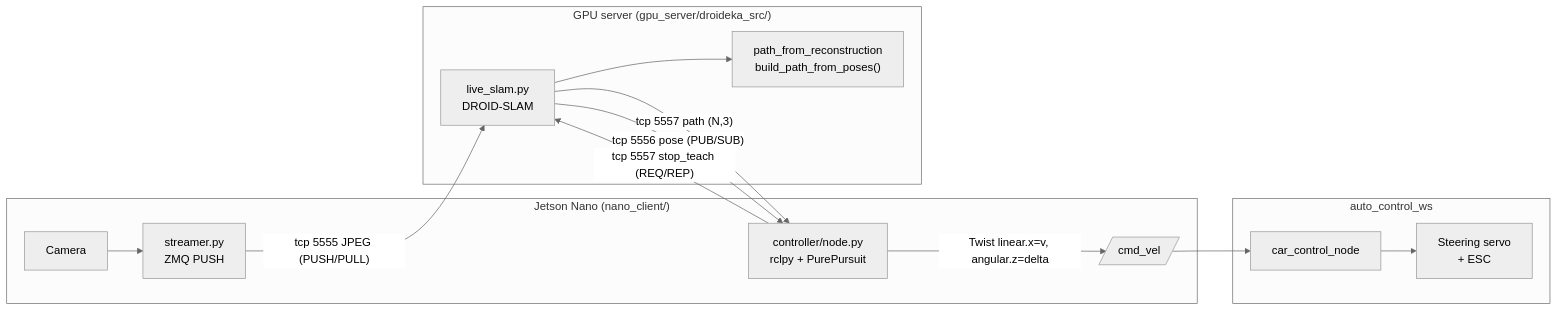
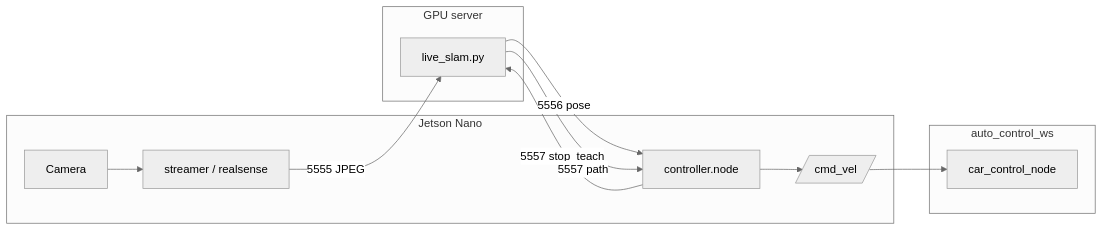
One commit to mbalintka/droideka changed the diagram in README.md. Above: the diagram before and after it, drawn with Mermaid (neutral theme). The commit also changed other lines of this file and 6 other files, not shown here.

First line of the commit message:
feat: harden live_slam shutdown and slim repo docs

````diff
--- a/README.md
+++ b/README.md
@@ -38,29 +17,21 @@
 ```mermaid
 flowchart LR
-  subgraph Nano["Jetson Nano (nano_client/)"]
+  subgraph Nano["Jetson Nano"]
     Cam[Camera]
-    Streamer["streamer.py<br/>ZMQ PUSH"]
-    Node["controller/node.py<br/>rclpy + PurePursuit"]
+    Streamer[streamer / realsense]
+    Ctrl[controller.node]
     CmdVel[/cmd_vel/]
   end
-
-  subgraph GPU["GPU server (gpu_server/droideka_src/)"]
-    SLAM["live_slam.py<br/>DROID-SLAM"]
-    Builder["path_from_reconstruction<br/>build_path_from_poses()"]
+  subgraph GPU["GPU server"]
+    SLAM[live_slam.py]
   end
-
   subgraph Car["auto_control_ws"]
     CarCtrl[car_control_node]
-    Servo["Steering servo<br/>+ ESC"]
   end
-
   Cam --> Streamer
-  Streamer -->|"tcp 5555 JPEG (PUSH/PULL)"| SLAM
-  Node -->|"tcp 5557 stop_teach (REQ/REP)"| SLAM
-  SLAM -->|"tcp 5557 path (N,3)"| Node
-  SLAM -->|"tcp 5556 pose (PUB/SUB)"| Node
-  SLAM --> Builder
-  Node -->|"Twist linear.x=v, angular.z=delta"| CmdVel
-  CmdVel --> CarCtrl
-  CarCtrl --> Servo
+  Streamer -->|5555 JPEG| SLAM
+  Ctrl -->|5557 stop_teach| SLAM
+  SLAM -->|5556 pose| Ctrl
+  SLAM -->|5557 path| Ctrl
+  Ctrl --> CmdVel --> CarCtrl
 ```
````
